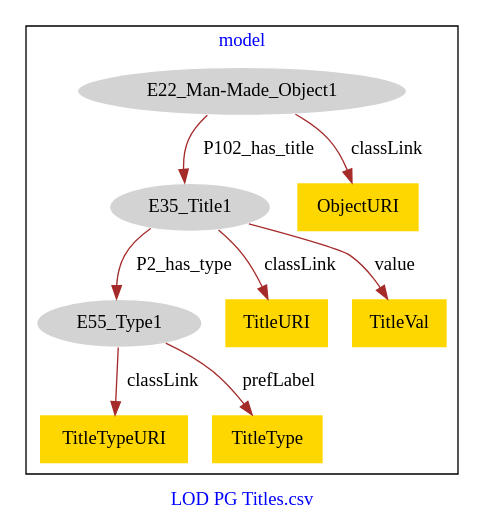
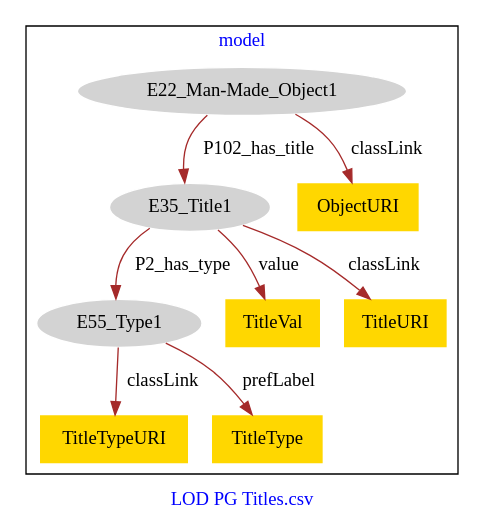
One commit to american-art/cbm changed the diagram in PG_OtherTitles/PG_OtherTitles-model.dot. Above: the diagram before and after it, drawn with Graphviz.

Commit message:
Update file PG_OtherTitles-model.dot

```diff
--- a/PG_OtherTitles/PG_OtherTitles-model.dot
+++ b/PG_OtherTitles/PG_OtherTitles-model.dot
@@ -1,23 +1,23 @@
 digraph n0 {
 fontcolor="blue"
 remincross="true"
 label="LOD PG Titles.csv"
 subgraph cluster {
 label="model"
 n2[style="filled",color="white",fillcolor="lightgray",label="E22_Man-Made_Object1"];
 n3[style="filled",color="white",fillcolor="lightgray",label="E35_Title1"];
 n4[style="filled",color="white",fillcolor="lightgray",label="E55_Type1"];
 n5[shape="plaintext",style="filled",fillcolor="gold",label="TitleTypeURI"];
-n6[shape="plaintext",style="filled",fillcolor="gold",label="TitleURI"];
-n7[shape="plaintext",style="filled",fillcolor="gold",label="ObjectURI"];
-n8[shape="plaintext",style="filled",fillcolor="gold",label="TitleType"];
-n9[shape="plaintext",style="filled",fillcolor="gold",label="TitleVal"];
+n6[shape="plaintext",style="filled",fillcolor="gold",label="TitleVal"];
+n7[shape="plaintext",style="filled",fillcolor="gold",label="TitleURI"];
+n8[shape="plaintext",style="filled",fillcolor="gold",label="ObjectURI"];
+n9[shape="plaintext",style="filled",fillcolor="gold",label="TitleType"];
 }
 n2 -> n3[color="brown",fontcolor="black",label="P102_has_title"]
 n3 -> n4[color="brown",fontcolor="black",label="P2_has_type"]
 n4 -> n5[color="brown",fontcolor="black",label="classLink"]
-n3 -> n6[color="brown",fontcolor="black",label="classLink"]
-n2 -> n7[color="brown",fontcolor="black",label="classLink"]
-n4 -> n8[color="brown",fontcolor="black",label="prefLabel"]
-n3 -> n9[color="brown",fontcolor="black",label="value"]
+n3 -> n6[color="brown",fontcolor="black",label="value"]
+n3 -> n7[color="brown",fontcolor="black",label="classLink"]
+n2 -> n8[color="brown",fontcolor="black",label="classLink"]
+n4 -> n9[color="brown",fontcolor="black",label="prefLabel"]
 }
```
